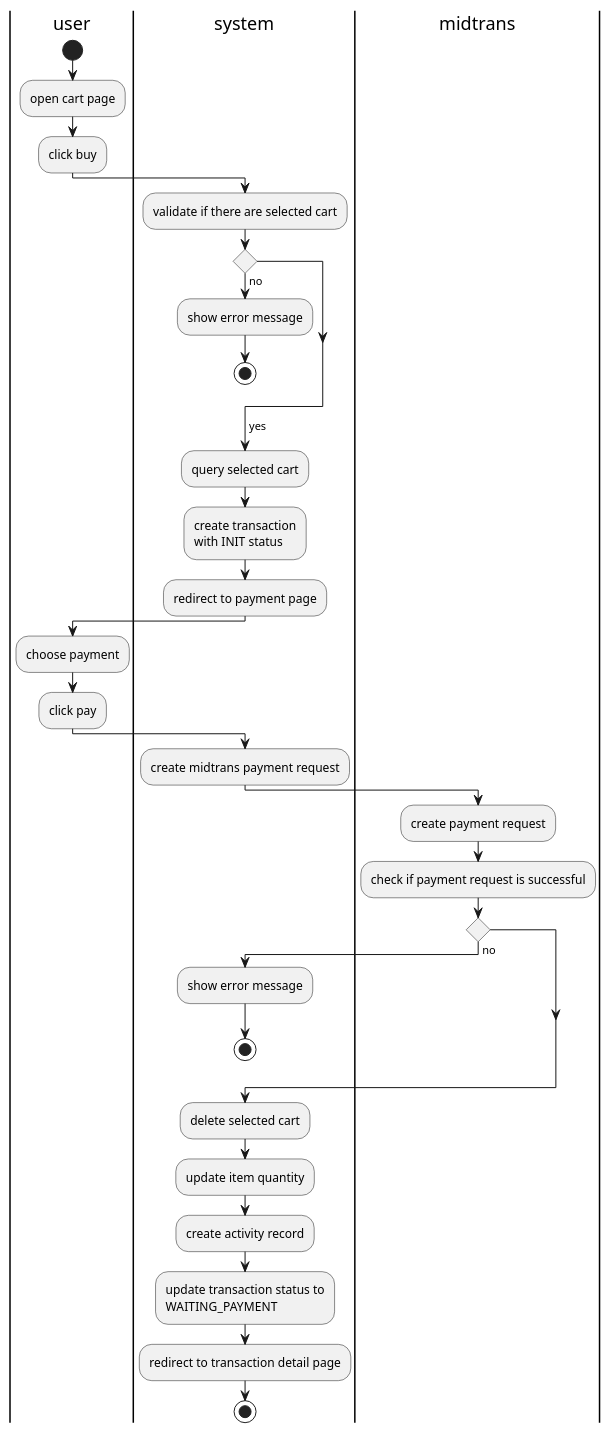
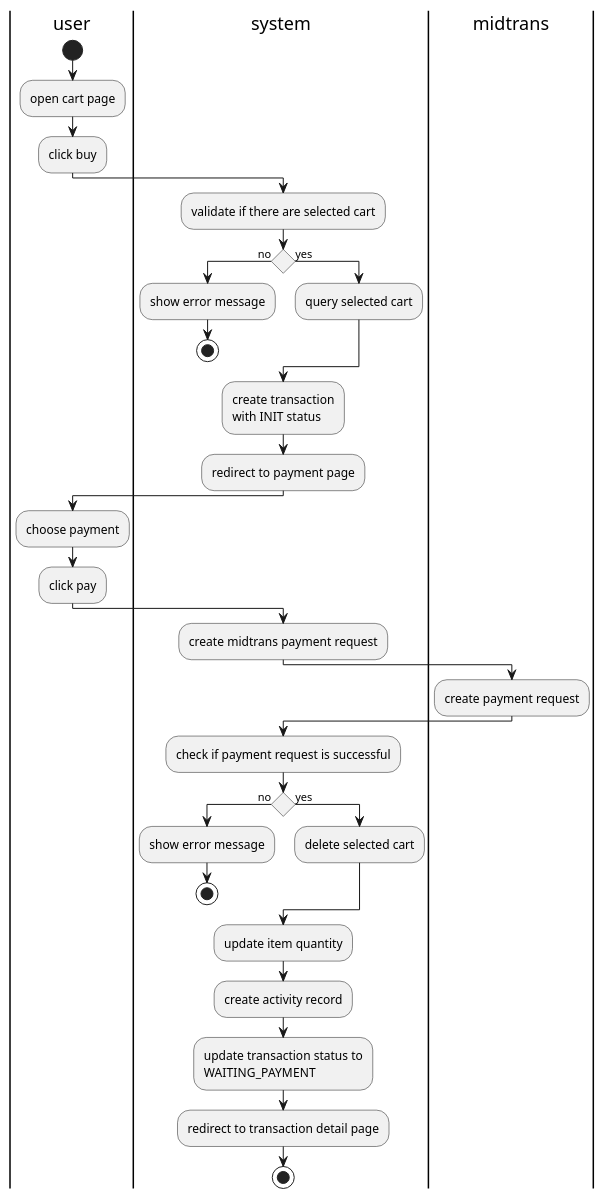
One commit to aldihsuhandi/skripsi-2023 changed the diagram in uml diagram/activity diagram/transaction/create transcation.pu. Above: the diagram before and after it, drawn with PlantUML. The commit also changed 15 other files, not shown here.

Commit message:
add missing true false annotations in activity diagram

```diff
--- a/uml diagram/activity diagram/transaction/create transcation.pu
+++ b/uml diagram/activity diagram/transaction/create transcation.pu
@@ -1,38 +1,38 @@
 @startuml
 
 |user|
 start
 :open cart page;
 :click buy;
 |system|
 :validate if there are selected cart;
 if () then (no)
-:show error message;
-stop
+    :show error message;
+    stop
+else (yes)
+    :query selected cart;
 endif
--> yes;
-:query selected cart;
 :create transaction\nwith INIT status;
 :redirect to payment page;
 |user|
 :choose payment;
 :click pay;
 |system|
 :create midtrans payment request;
 |midtrans|
 :create payment request;
+|system|
 :check if payment request is successful;
 if () then (no)
-|system|
-:show error message;
-stop
+    :show error message;
+    stop
+else (yes)
+    :delete selected cart;
 endif
-|system|
-:delete selected cart;
 :update item quantity;
 :create activity record;
 :update transaction status to\nWAITING_PAYMENT;
 :redirect to transaction detail page;
 stop
 
 @enduml
```
